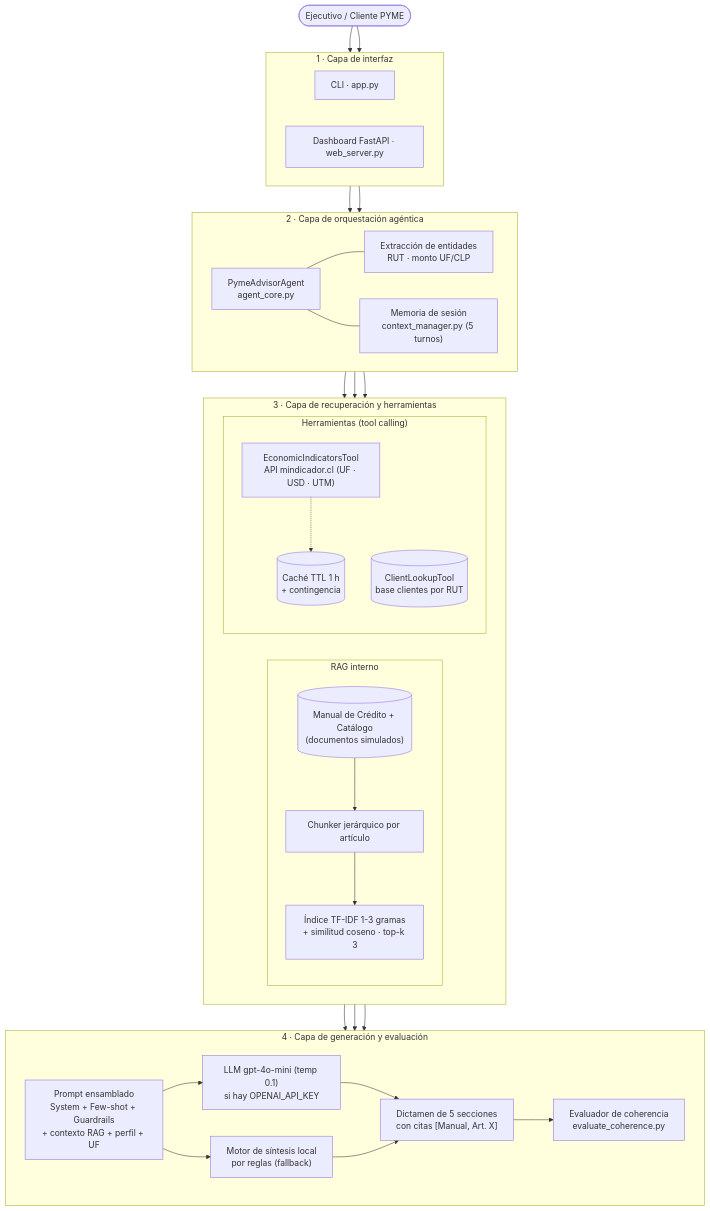
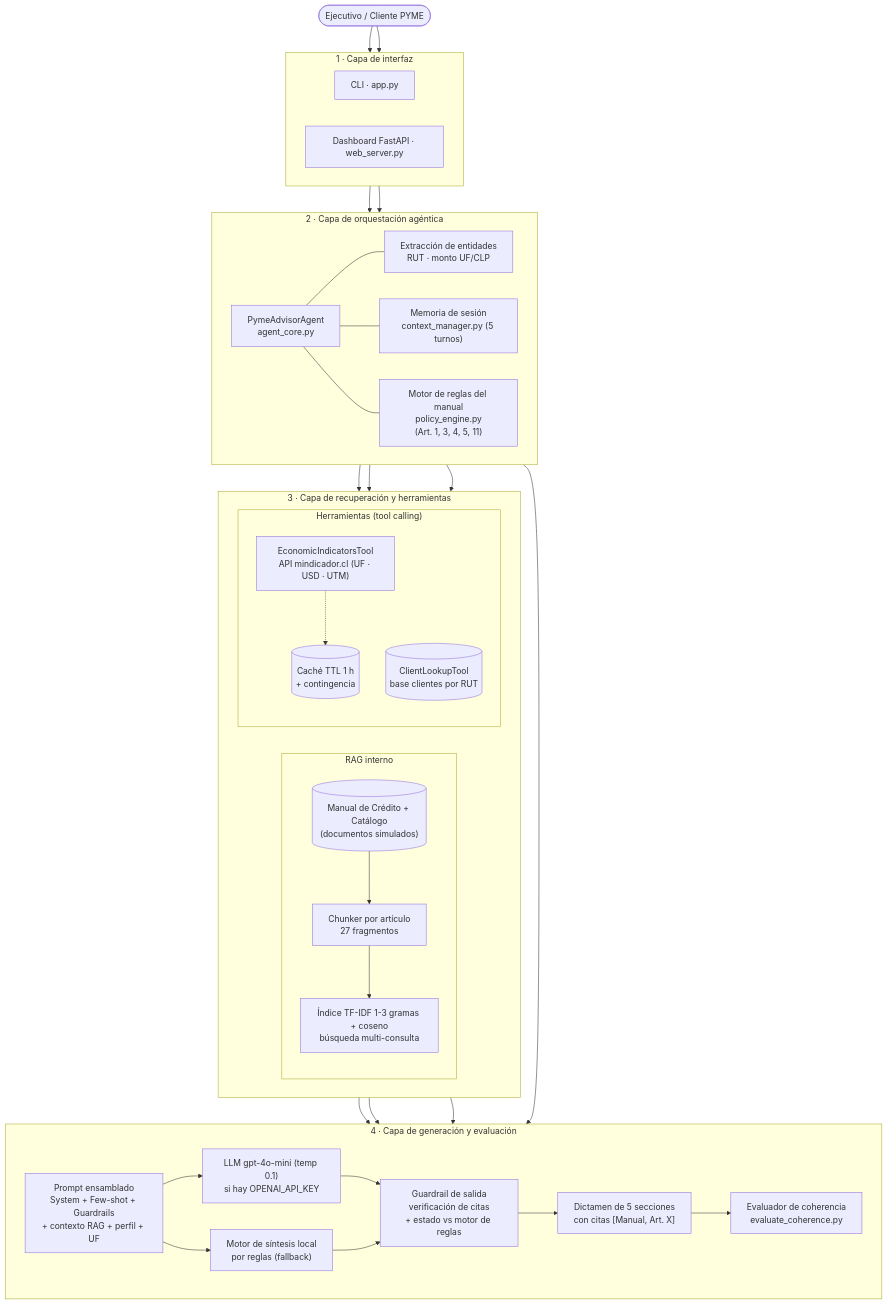
Before and after one commit to nelscarrasco/PYME-Advisor_ISY0101_BancoEstado: the diagram in docs/diagramas/arquitectura.mmd, drawn with Mermaid. The commit also changed 28 other files, not shown here.

First line of the commit message:
Motor de reglas, RAG multi-consulta, guardrail de citas y evaluación IE6

```diff
--- a/docs/diagramas/arquitectura.mmd
+++ b/docs/diagramas/arquitectura.mmd
@@ -1,46 +1,50 @@
 flowchart TB
     U(["Ejecutivo / Cliente PYME"])
     subgraph L1["1 · Capa de interfaz"]
         direction LR
         CLI["CLI · app.py"]
         WEB["Dashboard FastAPI · web_server.py"]
     end
     subgraph L2["2 · Capa de orquestación agéntica"]
         direction LR
         ENT["Extracción de entidades<br/>RUT · monto UF/CLP"]
         AG["PymeAdvisorAgent<br/>agent_core.py"]
         CTX["Memoria de sesión<br/>context_manager.py (5 turnos)"]
+        POL["Motor de reglas del manual<br/>policy_engine.py<br/>(Art. 1, 3, 4, 5, 11)"]
     end
     subgraph L3["3 · Capa de recuperación y herramientas"]
         direction LR
         subgraph RAG["RAG interno"]
             direction TB
-            DOCS[("Manual de Crédito + Catálogo<br/>(documentos simulados)")] --> CH["Chunker jerárquico por artículo"] --> VS["Índice TF-IDF 1-3 gramas<br/>+ similitud coseno · top-k 3"]
+            DOCS[("Manual de Crédito + Catálogo<br/>(documentos simulados)")] --> CH["Chunker por artículo<br/>27 fragmentos"] --> VS["Índice TF-IDF 1-3 gramas + coseno<br/>búsqueda multi-consulta"]
         end
         subgraph EXT["Herramientas (tool calling)"]
             direction TB
             API["EconomicIndicatorsTool<br/>API mindicador.cl (UF · USD · UTM)"] -.-> CACHE[("Caché TTL 1 h<br/>+ contingencia")]
             CLDB[("ClientLookupTool<br/>base clientes por RUT")]
         end
     end
     subgraph L4["4 · Capa de generación y evaluación"]
         direction LR
         PR["Prompt ensamblado<br/>System + Few-shot + Guardrails<br/>+ contexto RAG + perfil + UF"]
         LLM["LLM gpt-4o-mini (temp 0.1)<br/>si hay OPENAI_API_KEY"]
         LOC["Motor de síntesis local<br/>por reglas (fallback)"]
+        GR["Guardrail de salida<br/>verificación de citas<br/>+ estado vs motor de reglas"]
         OUT["Dictamen de 5 secciones<br/>con citas [Manual, Art. X]"]
         EVAL["Evaluador de coherencia<br/>evaluate_coherence.py"]
-        PR --> LLM --> OUT
-        PR --> LOC --> OUT
-        OUT --> EVAL
+        PR --> LLM --> GR
+        PR --> LOC --> GR
+        GR --> OUT --> EVAL
     end
     U --> CLI & WEB
     CLI & WEB --> AG
     AG --- ENT
     AG --- CTX
+    AG --- POL
+    POL --> PR
     AG --> VS
     AG --> API
     AG --> CLDB
     VS --> PR
     API --> PR
     CLDB --> PR
```
